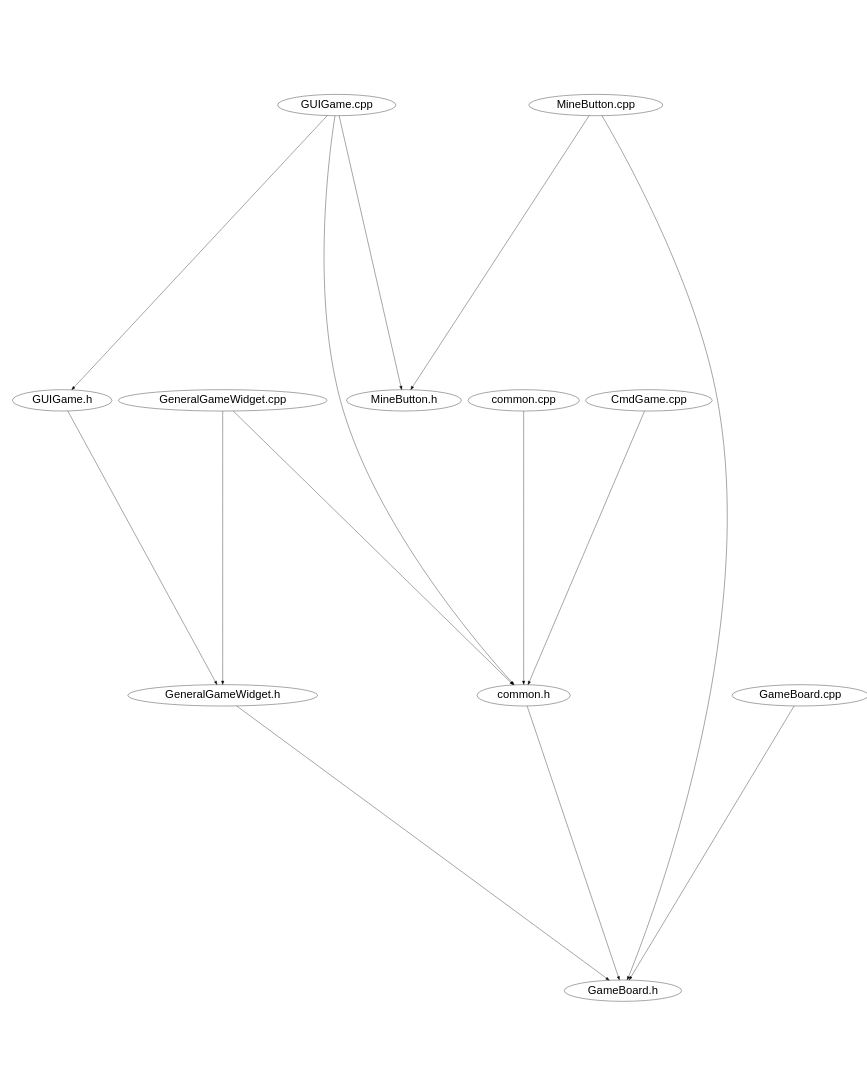
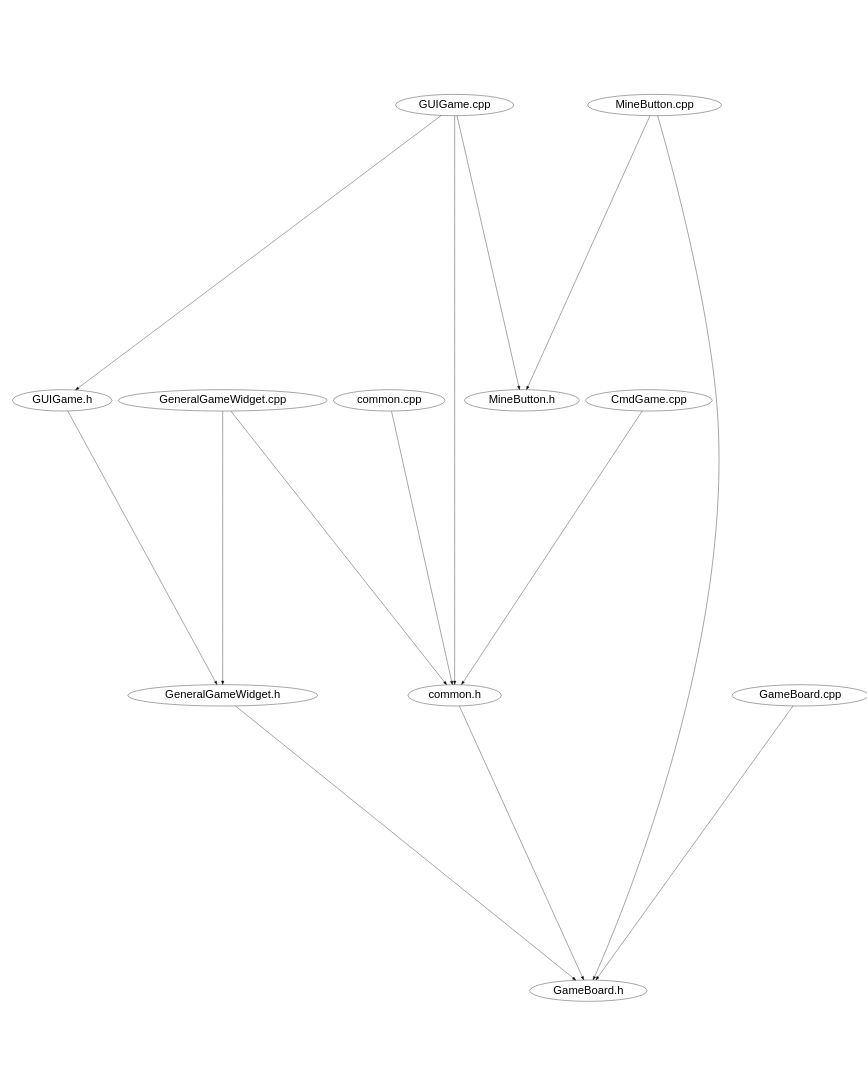
One commit to jeang-bo-yuan/oop-qt-project changed the diagram in minesweeper/doc/Include_Path.dot. Above: the diagram before and after it, drawn with Graphviz. The commit also changed other lines of this file and 4 other files, not shown here.

```diff
--- a/minesweeper/doc/Include_Path.dot
+++ b/minesweeper/doc/Include_Path.dot
@@ -1,22 +1,22 @@
 digraph "source tree" {
     overlap=scale;
     size="8,10";
     ratio="fill";
     fontsize="32";
     fontname="Helvetica";
 	node [fontsize="32", fontname="Helvetica"]
 	clusterrank="local";
 	"GeneralGameWidget.h" -> "GameBoard.h"
-	"CmdGame.cpp" -> "common.h"
-	"GUIGame.cpp" -> "common.h"
-	"GUIGame.cpp" -> "MineButton.h"
-	"common.h" -> "GameBoard.h"
-	"MineButton.cpp" -> "MineButton.h"
 	"GUIGame.h" -> "GeneralGameWidget.h"
 	"common.cpp" -> "common.h"
+	"common.h" -> "GameBoard.h"
+	"GeneralGameWidget.cpp" -> "GeneralGameWidget.h"
 	"GameBoard.cpp" -> "GameBoard.h"
-	"GeneralGameWidget.cpp" -> "GeneralGameWidget.h"
-	"GeneralGameWidget.cpp" -> "common.h"
+	"GUIGame.cpp" -> "MineButton.h"
+	"GUIGame.cpp" -> "common.h"
 	"MineButton.cpp" -> "GameBoard.h"
 	"GUIGame.cpp" -> "GUIGame.h"
+	"MineButton.cpp" -> "MineButton.h"
+	"GeneralGameWidget.cpp" -> "common.h"
+	"CmdGame.cpp" -> "common.h"
 }
```
